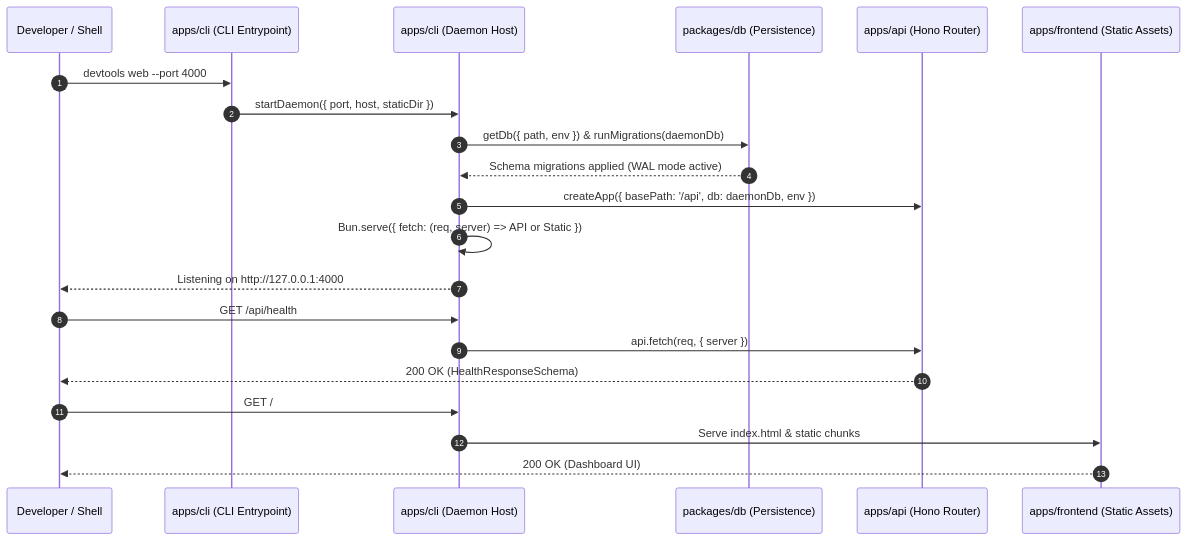
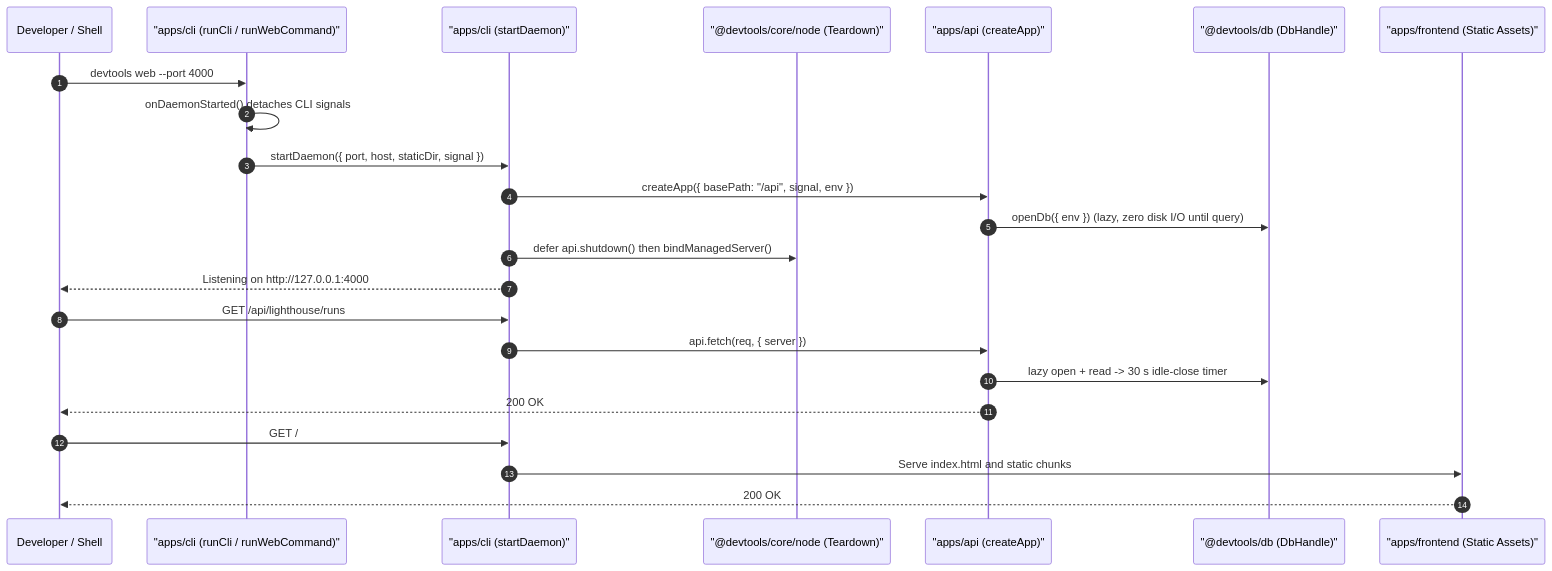
Before and after one commit to ahmedhanye/devtools: the diagram in docs/architecture/cli-and-daemon.md, drawn with Mermaid. The commit also changed other lines of this file and 61 other files, not shown here.

Commit message:
docs: reorganize architecture, standards, and PR guides (#141)

````diff
--- a/docs/architecture/cli-and-daemon.md
+++ b/docs/architecture/cli-and-daemon.md
@@ -52,24 +42,26 @@
 ```mermaid
 sequenceDiagram
   autonumber
   participant User as Developer / Shell
-  participant CLI as apps/cli (CLI Entrypoint)
-  participant Daemon as apps/cli (Daemon Host)
-  participant DB as packages/db (Persistence)
-  participant API as apps/api (Hono Router)
-  participant UI as apps/frontend (Static Assets)
+  participant CLI as "apps/cli (runCli / runWebCommand)"
+  participant Daemon as "apps/cli (startDaemon)"
+  participant Teardown as "@devtools/core/node (Teardown)"
+  participant API as "apps/api (createApp)"
+  participant DB as "@devtools/db (DbHandle)"
+  participant UI as "apps/frontend (Static Assets)"
 
   User->>CLI: devtools web --port 4000
-  CLI->>Daemon: startDaemon({ port, host, staticDir })
-  Daemon->>DB: getDb({ path, env }) & runMigrations(daemonDb)
-  DB-->>Daemon: Schema migrations applied (WAL mode active)
-  Daemon->>API: createApp({ basePath: '/api', db: daemonDb, env })
-  Daemon->>Daemon: Bun.serve({ fetch: (req, server) => API or Static })
+  CLI->>CLI: onDaemonStarted() detaches CLI signals
+  CLI->>Daemon: startDaemon({ port, host, staticDir, signal })
+  Daemon->>API: createApp({ basePath: "/api", signal, env })
+  API->>DB: openDb({ env }) (lazy, zero disk I/O until query)
+  Daemon->>Teardown: defer api.shutdown() then bindManagedServer()
   Daemon-->>User: Listening on http://127.0.0.1:4000
-  User->>Daemon: GET /api/health
+  User->>Daemon: GET /api/lighthouse/runs
   Daemon->>API: api.fetch(req, { server })
-  API-->>User: 200 OK (HealthResponseSchema)
+  API->>DB: lazy open + read -> 30 s idle-close timer
+  API-->>User: 200 OK
   User->>Daemon: GET /
-  Daemon->>UI: Serve index.html & static chunks
-  UI-->>User: 200 OK (Dashboard UI)
+  Daemon->>UI: Serve index.html and static chunks
+  UI-->>User: 200 OK
 ```
````
